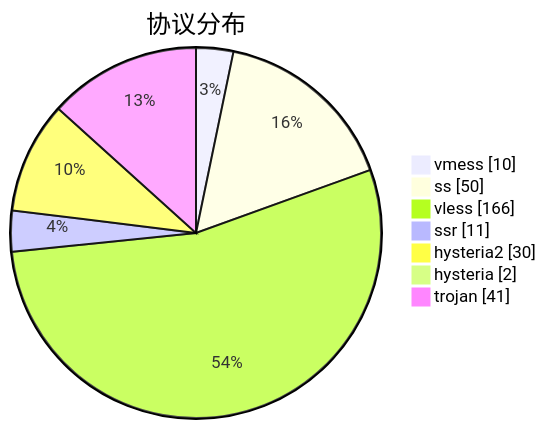
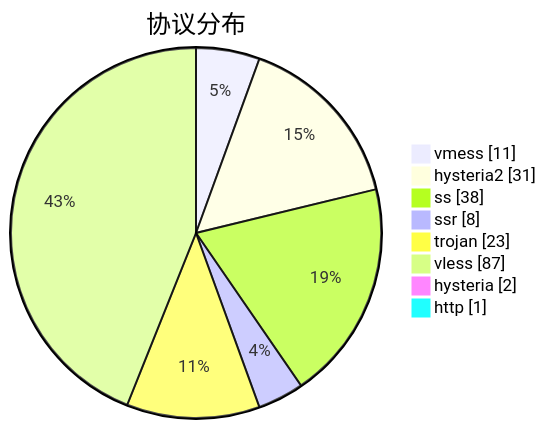
One commit to sinspired/airport changed the third of 3 diagrams in subs/statistics/tested_within.md. Above: the diagram before and after it, drawn with Mermaid. The commit also changed other lines of this file and 2 other files, not shown here.

````diff
--- a/subs/statistics/tested_within.md
+++ b/subs/statistics/tested_within.md
@@ -43,11 +35,12 @@
 ```mermaid
 pie showData
 title 协议分布
-"vmess" : 10
-"ss" : 50
-"vless" : 166
-"ssr" : 11
-"hysteria2" : 30
+"vmess" : 11
+"hysteria2" : 31
+"ss" : 38
+"ssr" : 8
+"trojan" : 23
+"vless" : 87
 "hysteria" : 2
-"trojan" : 41
+"http" : 1
 ```
````
